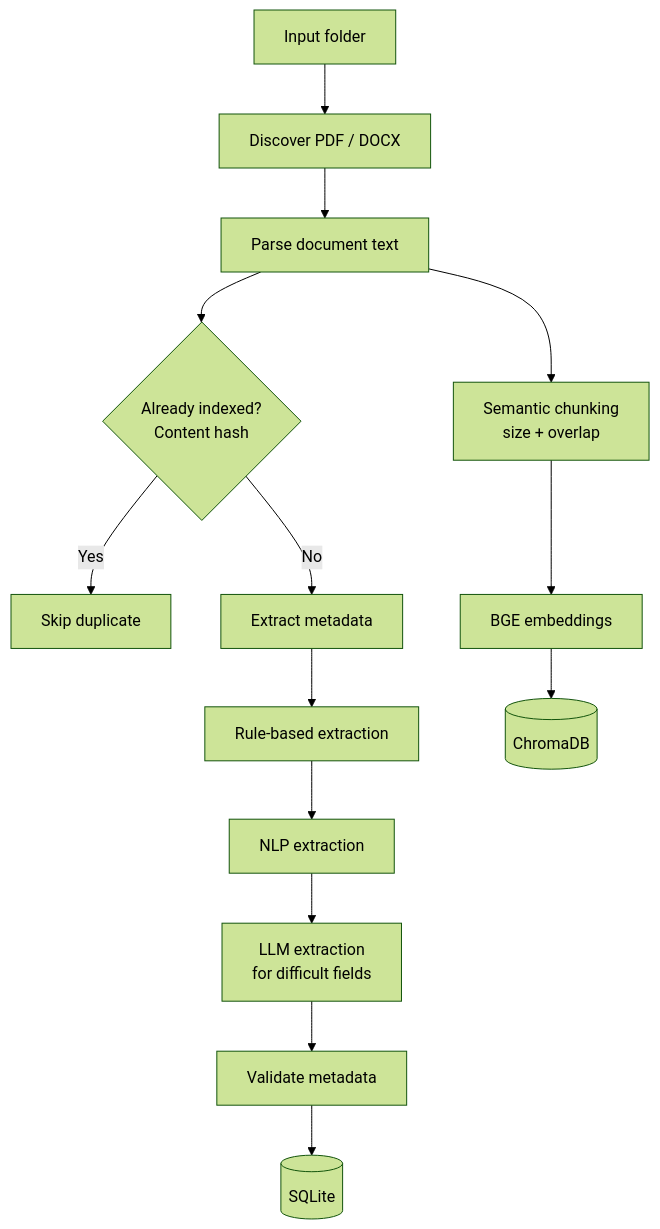
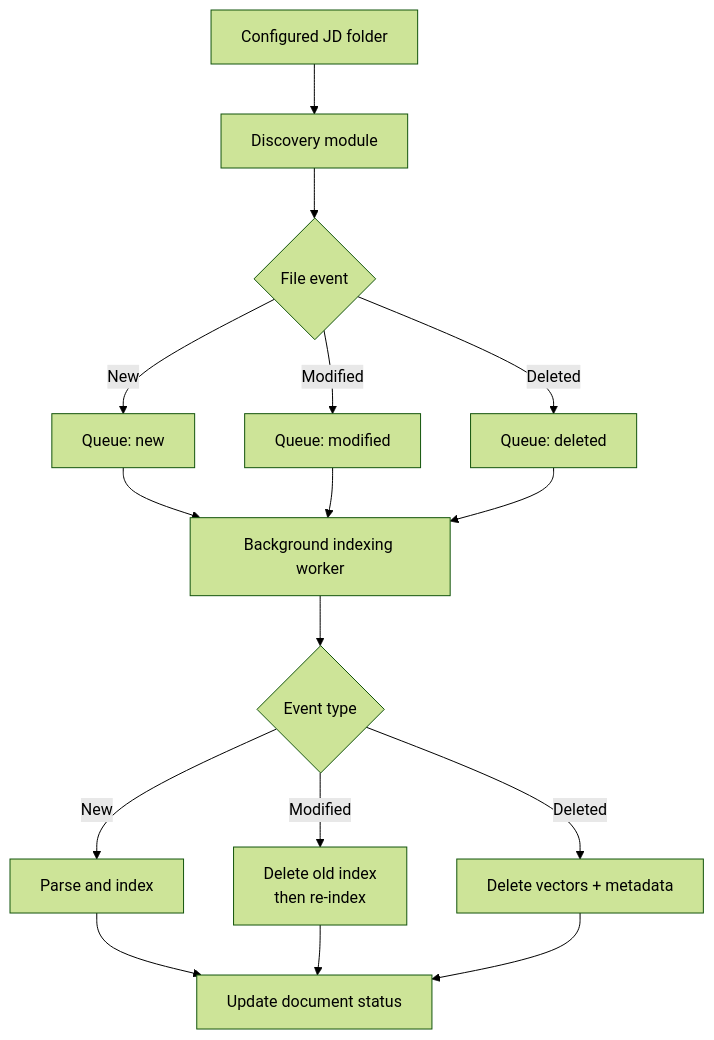
Before and after one commit to pratik-0302/job_description_agent: the second of 10 diagrams in README.md, drawn with Mermaid (forest theme). The commit also changed other lines of this file, not shown here.

Commit message:
Expand README with complete documentation and Mermaid diagrams

````diff
--- a/README.md
+++ b/README.md
@@ -71,16 +132,18 @@
 ```mermaid
 flowchart TD
-    A["Input folder"] --> B["Discover PDF / DOCX"]
-    B --> C["Parse document text"]
-    C --> D{"Already indexed?<br/>Content hash"}
-    D -- Yes --> E["Skip duplicate"]
-    D -- No --> F["Extract metadata"]
-    F --> G["Rule-based extraction"]
-    G --> H["NLP extraction"]
-    H --> I["LLM extraction<br/>for difficult fields"]
-    I --> J["Validate metadata"]
-    J --> K[("SQLite")]
-    C --> L["Semantic chunking<br/>size + overlap"]
-    L --> M["BGE embeddings"]
-    M --> N[("ChromaDB")]
+    A["Configured JD folder"] --> B["Discovery module"]
+    B --> C{"File event"}
+    C -->|New| D["Queue: new"]
+    C -->|Modified| E["Queue: modified"]
+    C -->|Deleted| F["Queue: deleted"]
+    D --> G["Background indexing worker"]
+    E --> G
+    F --> G
+    G --> H{"Event type"}
+    H -->|New| I["Parse and index"]
+    H -->|Modified| J["Delete old index<br/>then re-index"]
+    H -->|Deleted| K["Delete vectors + metadata"]
+    I --> L["Update document status"]
+    J --> L
+    K --> L
 ```
````
